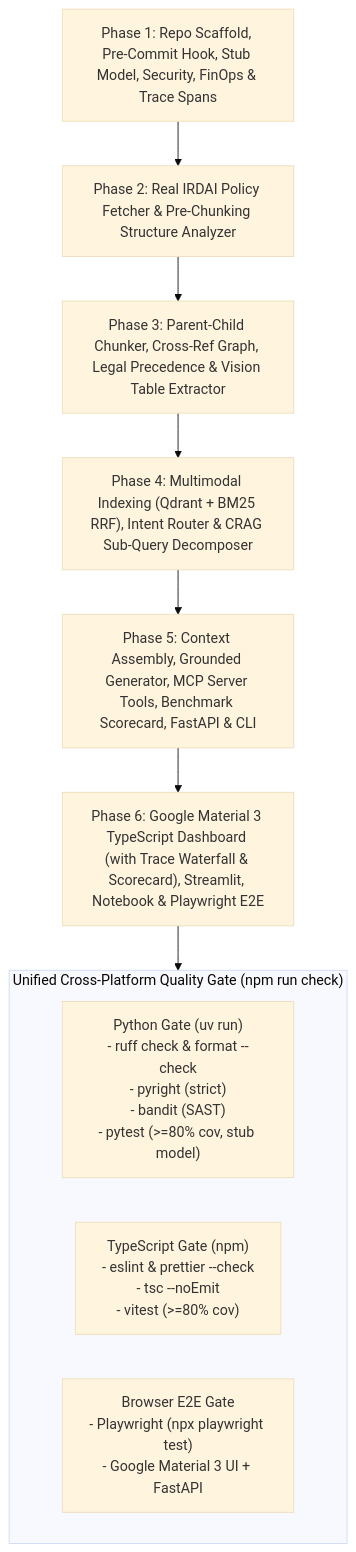
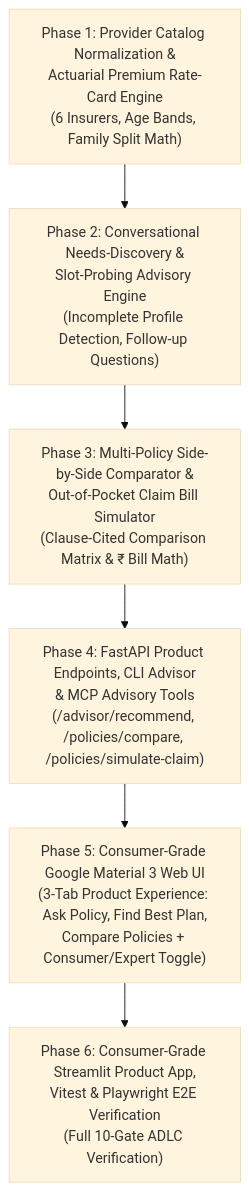
The second of 2 diagrams in docs/PLAN.md (vinailead/multimodalrag), drawn with Mermaid (base theme) before and after one commit. The commit also changed other lines of this file and 6 other files, not shown here.

Commit message:
feat(phase1): add provider policy catalog and actuarial premium calculator

````diff
--- a/docs/PLAN.md
+++ b/docs/PLAN.md
@@ -15,15 +61,8 @@
 ```mermaid
 flowchart TD
-    subgraph Tooling["Unified Cross-Platform Quality Gate (npm run check)"]
-        PY["Python Gate (uv run)\n- ruff check & format --check\n- pyright (strict)\n- bandit (SAST)\n- pytest (>=80% cov, stub model)"]
-        TS["TypeScript Gate (npm)\n- eslint & prettier --check\n- tsc --noEmit\n- vitest (>=80% cov)"]
-        E2E["Browser E2E Gate\n- Playwright (npx playwright test)\n- Google Material 3 UI + FastAPI"]
-    end
-
-    P1["Phase 1: Repo Scaffold, Pre-Commit Hook, Stub Model, Security, FinOps & Trace Spans"] --> P2["Phase 2: Real IRDAI Policy Fetcher & Pre-Chunking Structure Analyzer"]
-    P2 --> P3["Phase 3: Parent-Child Chunker, Cross-Ref Graph, Legal Precedence & Vision Table Extractor"]
-    P3 --> P4["Phase 4: Multimodal Indexing (Qdrant + BM25 RRF), Intent Router & CRAG Sub-Query Decomposer"]
-    P4 --> P5["Phase 5: Context Assembly, Grounded Generator, MCP Server Tools, Benchmark Scorecard, FastAPI & CLI"]
-    P5 --> P6["Phase 6: Google Material 3 TypeScript Dashboard (with Trace Waterfall & Scorecard), Streamlit, Notebook & Playwright E2E"]
-    P6 --> Tooling
+    P1["Phase 1: Provider Catalog Normalization &\nActuarial Premium Rate-Card Engine\n(6 Insurers, Age Bands, Family Split Math)"] --> P2["Phase 2: Conversational Needs-Discovery &\nSlot-Probing Advisory Engine\n(Incomplete Profile Detection, Follow-up Questions)"]
+    P2 --> P3["Phase 3: Multi-Policy Side-by-Side Comparator &\nOut-of-Pocket Claim Bill Simulator\n(Clause-Cited Comparison Matrix & ₹ Bill Math)"]
+    P3 --> P4["Phase 4: FastAPI Product Endpoints, CLI Advisor\n& MCP Advisory Tools\n(/advisor/recommend, /policies/compare, /policies/simulate-claim)"]
+    P4 --> P5["Phase 5: Consumer-Grade Google Material 3 Web UI\n(3-Tab Product Experience: Ask Policy, Find Best Plan,\nCompare Policies + Consumer/Expert Toggle)"]
+    P5 --> P6["Phase 6: Consumer-Grade Streamlit Product App,\nVitest & Playwright E2E Verification\n(Full 10-Gate ADLC Verification)"]
 ```
````
